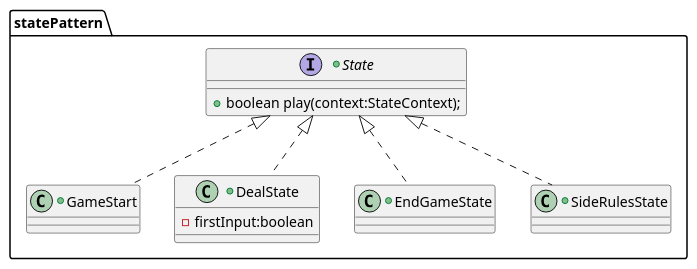
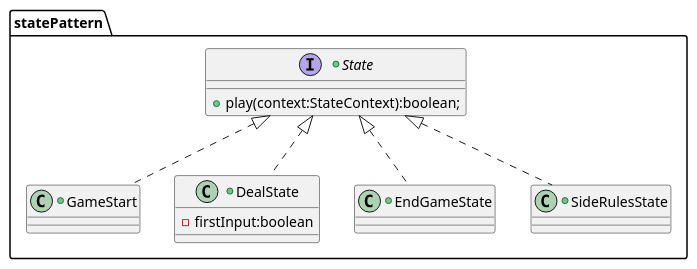
One commit to FranciscoRomao/POO-BlackJack changed the diagram in statePattern.puml. Above: the diagram before and after it, drawn with PlantUML. The commit also changed 18 other files, not shown here.

```diff
--- a/statePattern.puml
+++ b/statePattern.puml
@@ -1,27 +1,27 @@
 @startuml
 
 package statePattern
 {
     +interface State
     {
-        +boolean play(context:StateContext);
+        +play(context:StateContext):boolean;
     }
 
     +class GameStart implements State
     {
     }
 
     +class DealState implements State
     {
         -firstInput:boolean
     }
 
     +class EndGameState implements State
     {
     }
 
     +class SideRulesState implements State
     {
     }
 }
 @enduml
```
